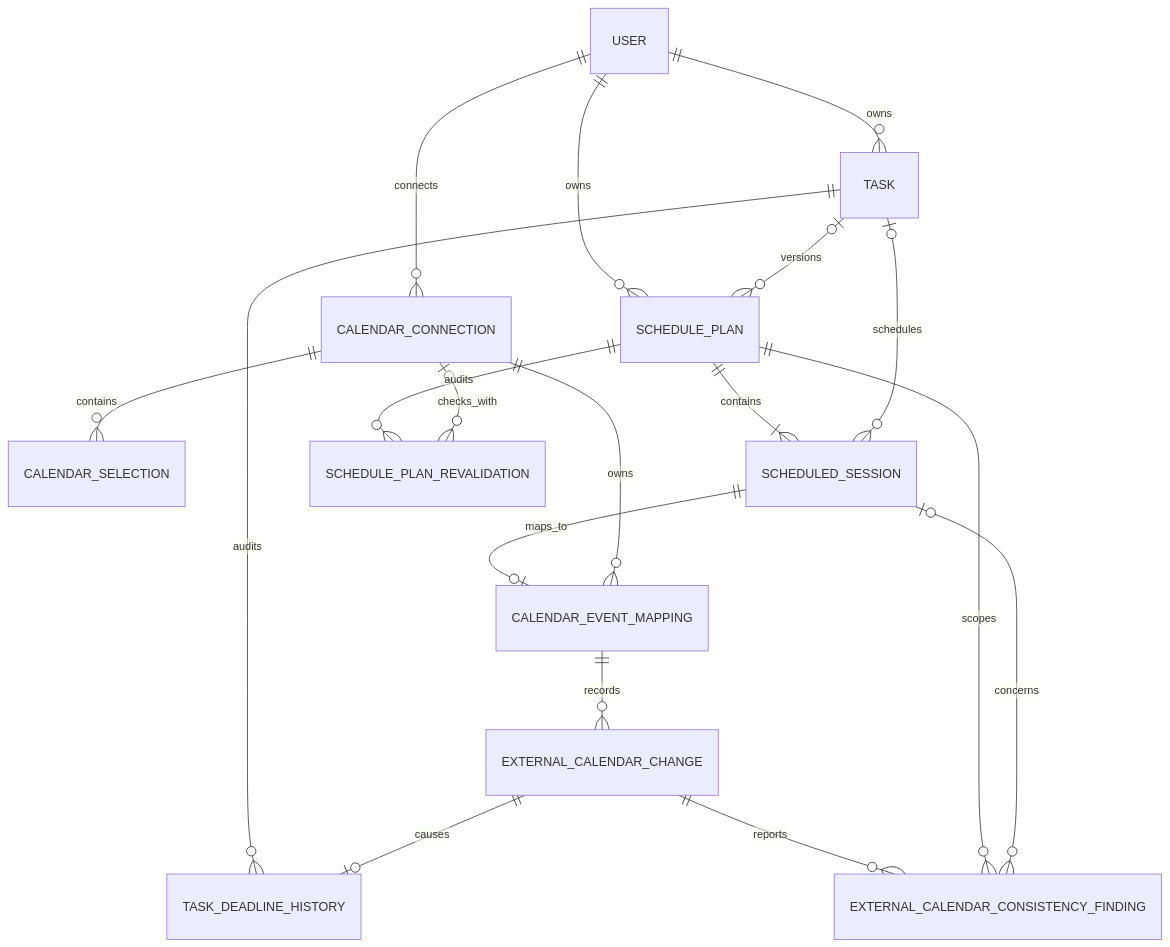
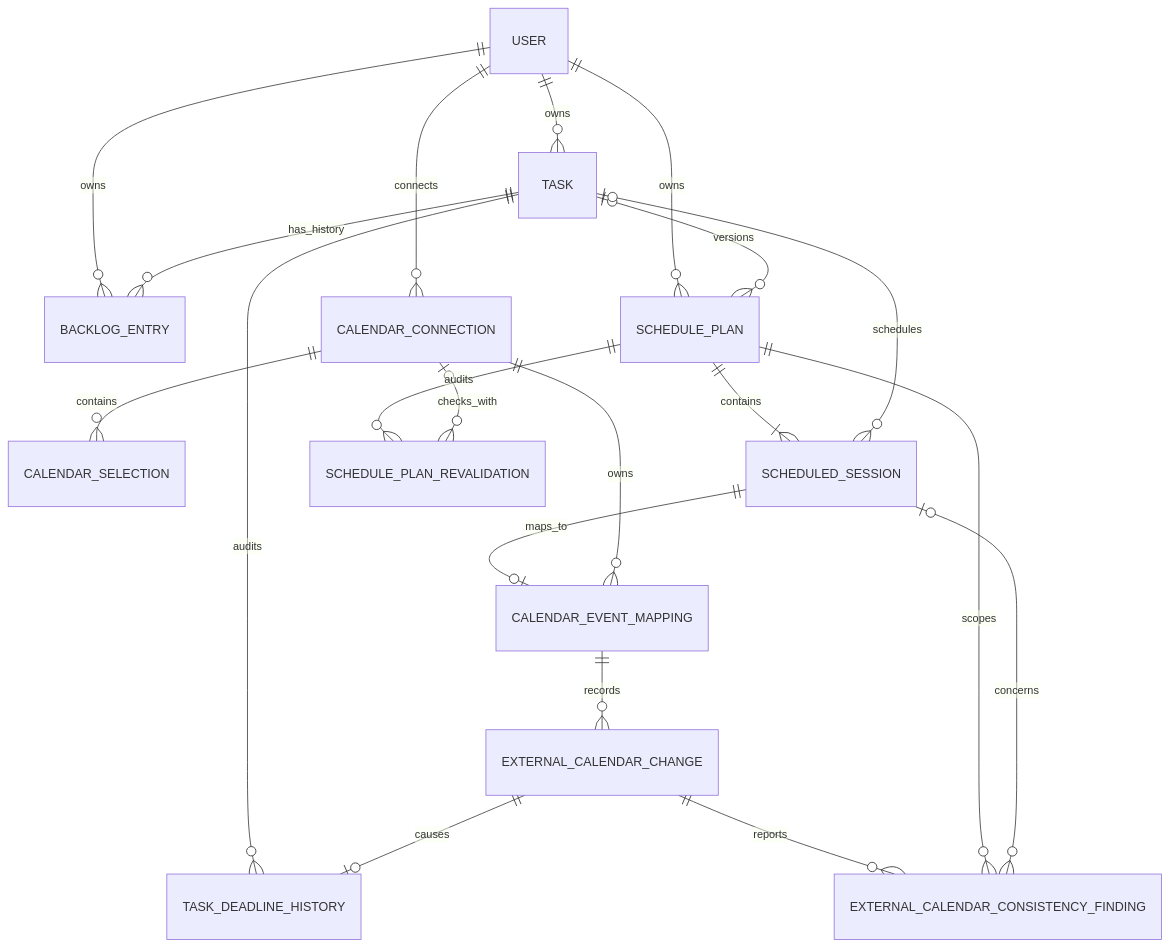
One commit to Polomoshnova/ai-calendar changed the diagram in docs/architecture/domain-model.md. Above: the diagram before and after it, drawn with Mermaid. The commit also changed other lines of this file and 18 other files, not shown here.

````diff
--- a/docs/architecture/domain-model.md
+++ b/docs/architecture/domain-model.md
@@ -14,20 +14,22 @@
 ```mermaid
 erDiagram
     USER ||--o{ TASK : owns
+    USER ||--o{ BACKLOG_ENTRY : owns
+    TASK ||--o{ BACKLOG_ENTRY : has_history
     USER ||--o{ CALENDAR_CONNECTION : connects
     CALENDAR_CONNECTION ||--o{ CALENDAR_SELECTION : contains
     USER ||--o{ SCHEDULE_PLAN : owns
     TASK o|--o{ SCHEDULE_PLAN : versions
     SCHEDULE_PLAN ||--|{ SCHEDULED_SESSION : contains
     TASK o|--o{ SCHEDULED_SESSION : schedules
     SCHEDULE_PLAN ||--o{ SCHEDULE_PLAN_REVALIDATION : audits
     CALENDAR_CONNECTION o|--o{ SCHEDULE_PLAN_REVALIDATION : checks_with
     SCHEDULED_SESSION ||--o| CALENDAR_EVENT_MAPPING : maps_to
     CALENDAR_CONNECTION ||--o{ CALENDAR_EVENT_MAPPING : owns
     CALENDAR_EVENT_MAPPING ||--o{ EXTERNAL_CALENDAR_CHANGE : records
     TASK ||--o{ TASK_DEADLINE_HISTORY : audits
     EXTERNAL_CALENDAR_CHANGE ||--o| TASK_DEADLINE_HISTORY : causes
     EXTERNAL_CALENDAR_CHANGE ||--o{ EXTERNAL_CALENDAR_CONSISTENCY_FINDING : reports
     SCHEDULE_PLAN ||--o{ EXTERNAL_CALENDAR_CONSISTENCY_FINDING : scopes
     SCHEDULED_SESSION o|--o{ EXTERNAL_CALENDAR_CONSISTENCY_FINDING : concerns
 ```
````
